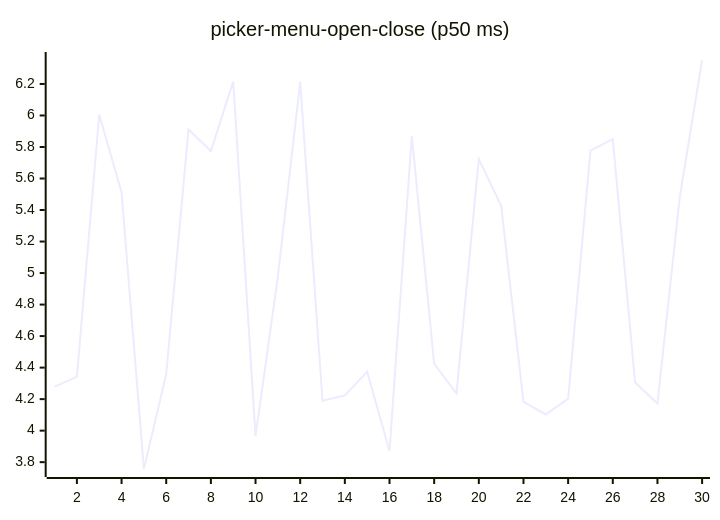
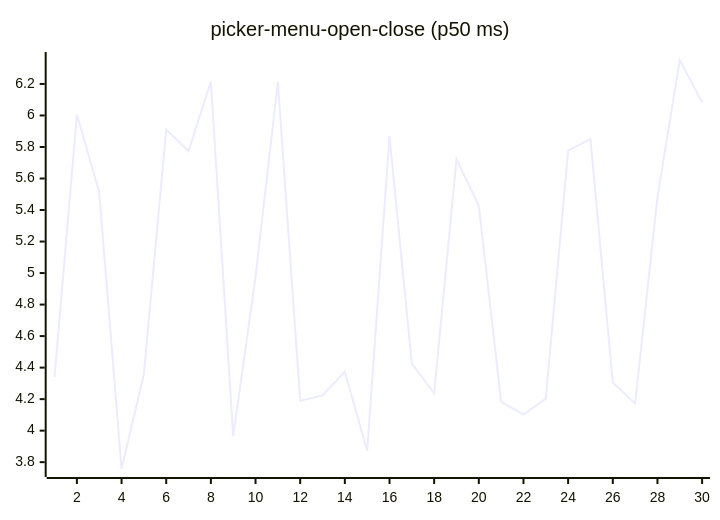
Before and after one commit to josha/Facet: diagram 16 of 27 in README.md, drawn with Mermaid. The commit also changed other lines of this file and 2 other files, not shown here.

````diff
--- a/README.md
+++ b/README.md
@@ -168,6 +168,6 @@
 ```mermaid
 xychart-beta
     title "picker-menu-open-close (p50 ms)"
     x-axis 1 --> 30
-    line [4.2792, 4.3416, 6.0052, 5.5122, 3.7566, 4.3593, 5.9114, 5.7740, 6.2151, 3.9652, 4.9760, 6.2132, 4.1891, 4.2236, 4.3733, 3.8708, 5.8694, 4.4248, 4.2362, 5.7230, 5.4264, 4.1828, 4.1028, 4.2034, 5.7775, 5.8503, 4.3049, 4.1731, 5.4814, 6.3520]
+    line [4.3416, 6.0052, 5.5122, 3.7566, 4.3593, 5.9114, 5.7740, 6.2151, 3.9652, 4.9760, 6.2132, 4.1891, 4.2236, 4.3733, 3.8708, 5.8694, 4.4248, 4.2362, 5.7230, 5.4264, 4.1828, 4.1028, 4.2034, 5.7775, 5.8503, 4.3049, 4.1731, 5.4814, 6.3520, 6.0839]
 ```
````
